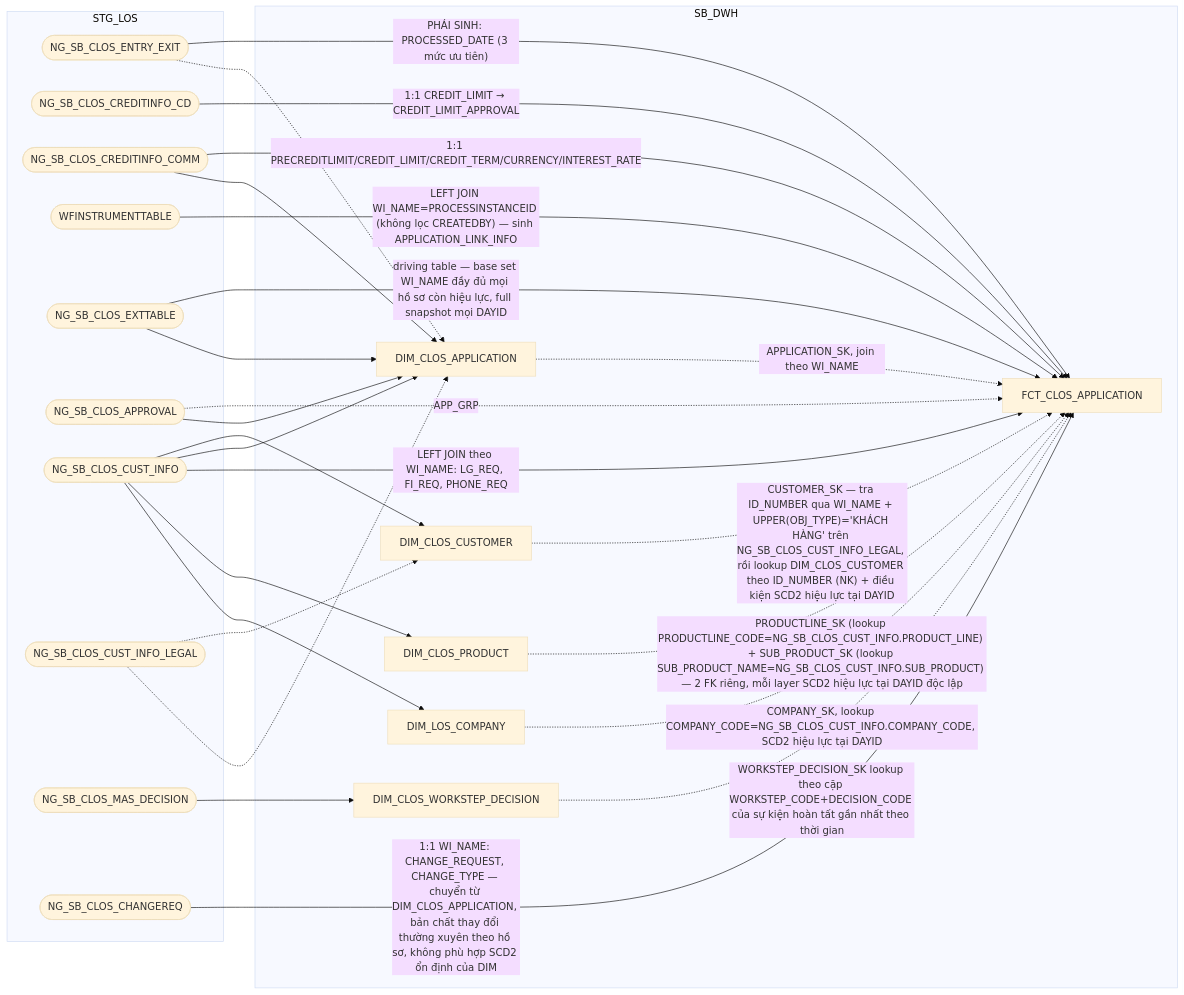
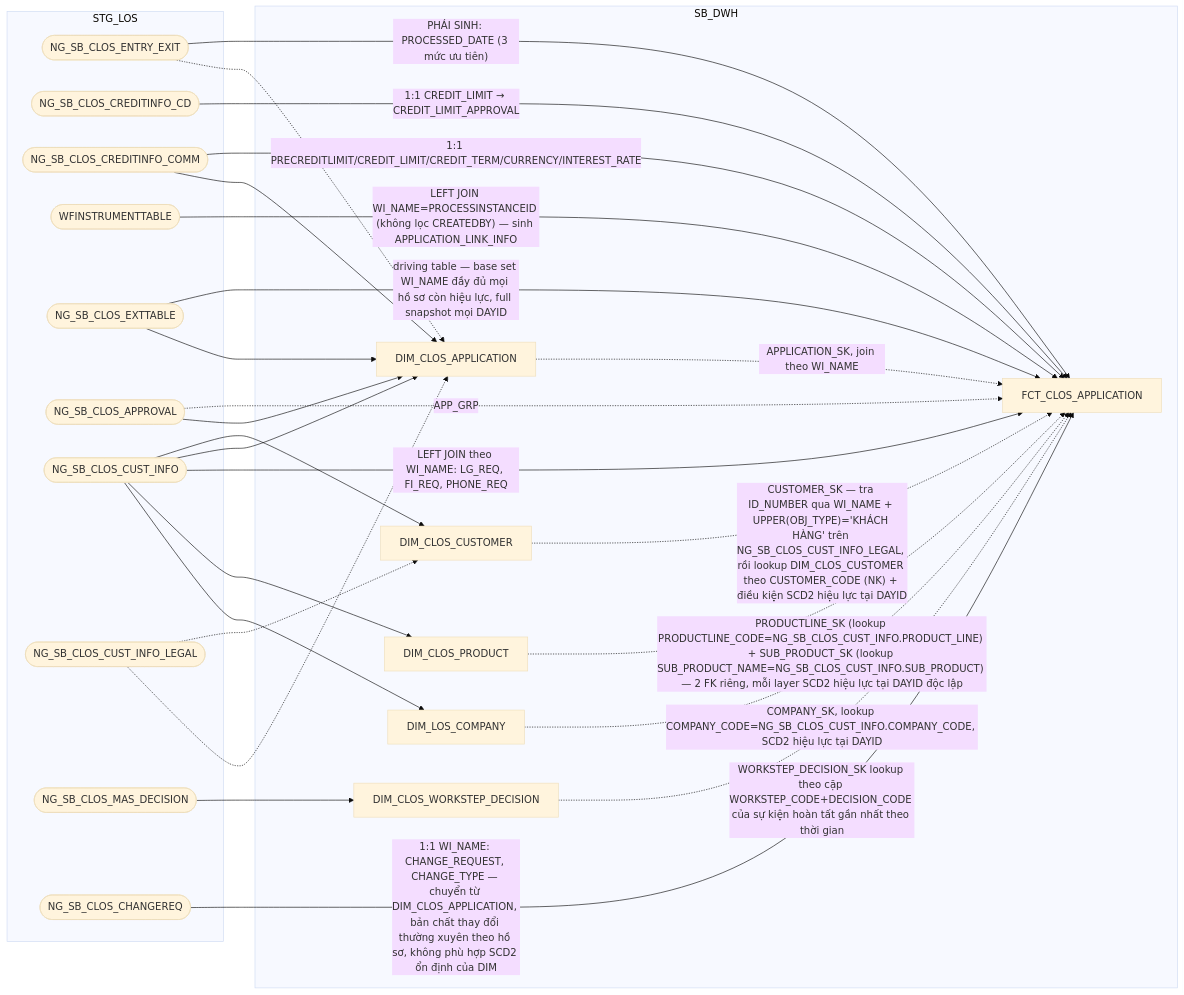
One commit to chien1198/sb-mapping-gen changed the first of 14 diagrams in hld/hld_review/HLD_FCT_SB_DWH_review.md. Above: the diagram before and after it, drawn with Mermaid (base theme). The commit also changed other lines of this file and 39 other files, not shown here.

````diff
--- a/hld/hld_review/HLD_FCT_SB_DWH_review.md
+++ b/hld/hld_review/HLD_FCT_SB_DWH_review.md
@@ -24,47 +24,47 @@
 ```mermaid
 flowchart LR
     subgraph STG_LOS
         A(["NG_SB_CLOS_ENTRY_EXIT"])
         B(["NG_SB_CLOS_CREDITINFO_CD"])
         C(["NG_SB_CLOS_CREDITINFO_COMM"])
         D(["WFINSTRUMENTTABLE"])
         F(["NG_SB_CLOS_EXTTABLE"])
         G(["NG_SB_CLOS_APPROVAL"])
         M(["NG_SB_CLOS_CUST_INFO"])
         ML(["NG_SB_CLOS_CUST_INFO_LEGAL"])
         MW(["NG_SB_CLOS_MAS_DECISION"])
         K1(["NG_SB_CLOS_CHANGEREQ"])
     end
     subgraph SB_DWH
         K["DIM_CLOS_CUSTOMER"]
         WD["DIM_CLOS_WORKSTEP_DECISION"]
         PR["DIM_CLOS_PRODUCT"]
         OU["DIM_LOS_COMPANY"]
         AP["DIM_CLOS_APPLICATION"]
         E["FCT_CLOS_APPLICATION"]
     end
     A -->|"PHÁI SINH: PROCESSED_DATE (3 mức ưu tiên)"| E
     B -->|1:1 CREDIT_LIMIT → CREDIT_LIMIT_APPROVAL| E
     C -->|1:1 PRECREDITLIMIT/CREDIT_LIMIT/CREDIT_TERM/CURRENCY/INTEREST_RATE| E
     D -->|"LEFT JOIN WI_NAME=PROCESSINSTANCEID (không lọc CREATEDBY) — sinh APPLICATION_LINK_INFO"| E
     F -->|"driving table — base set WI_NAME đầy đủ mọi hồ sơ còn hiệu lực, full snapshot mọi DAYID"| E
     G -.->|"APP_GRP"| E
-    K -.->|"CUSTOMER_SK — tra ID_NUMBER qua WI_NAME + UPPER(OBJ_TYPE)='KHÁCH HÀNG' trên NG_SB_CLOS_CUST_INFO_LEGAL, rồi lookup DIM_CLOS_CUSTOMER theo ID_NUMBER (NK) + điều kiện SCD2 hiệu lực tại DAYID"| E
+    K -.->|"CUSTOMER_SK — tra ID_NUMBER qua WI_NAME + UPPER(OBJ_TYPE)='KHÁCH HÀNG' trên NG_SB_CLOS_CUST_INFO_LEGAL, rồi lookup DIM_CLOS_CUSTOMER theo CUSTOMER_CODE (NK) + điều kiện SCD2 hiệu lực tại DAYID"| E
     M --> K
     ML -.-> K
     MW --> WD
     WD -.->|"WORKSTEP_DECISION_SK lookup theo cặp WORKSTEP_CODE+DECISION_CODE của sự kiện hoàn tất gần nhất theo thời gian"| E
     PR -.->|"PRODUCTLINE_SK (lookup PRODUCTLINE_CODE=NG_SB_CLOS_CUST_INFO.PRODUCT_LINE) + SUB_PRODUCT_SK (lookup SUB_PRODUCT_NAME=NG_SB_CLOS_CUST_INFO.SUB_PRODUCT) — 2 FK riêng, mỗi layer SCD2 hiệu lực tại DAYID độc lập"| E
     OU -.->|"COMPANY_SK, lookup COMPANY_CODE=NG_SB_CLOS_CUST_INFO.COMPANY_CODE, SCD2 hiệu lực tại DAYID"| E
     F --> AP
     M --> AP
     ML -.-> AP
     G --> AP
     A -.-> AP
     C --> AP
     AP -.->|"APPLICATION_SK, join theo WI_NAME"| E
     M -->|"LEFT JOIN theo WI_NAME: LG_REQ, FI_REQ, PHONE_REQ"| E
     M --> PR
     M --> OU
     K1 -->|"1:1 WI_NAME: CHANGE_REQUEST, CHANGE_TYPE — chuyển từ DIM_CLOS_APPLICATION, bản chất thay đổi thường xuyên theo hồ sơ, không phù hợp SCD2 ổn định của DIM"| E
 ```
````
